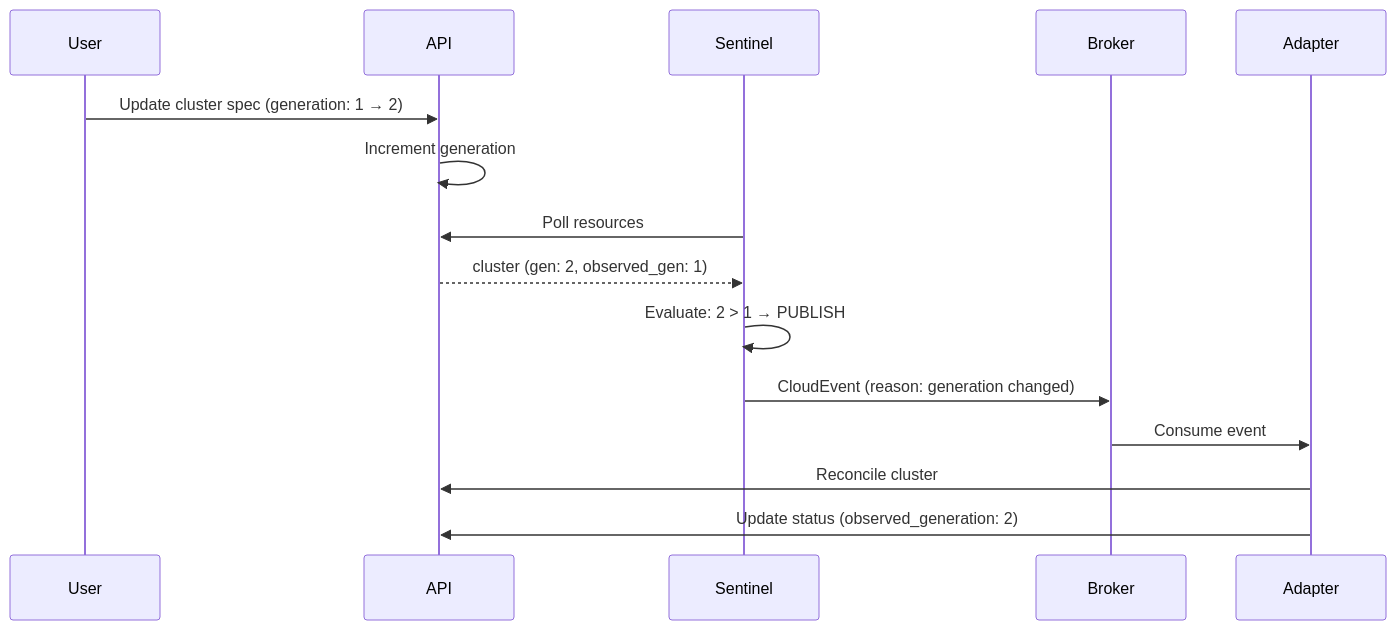
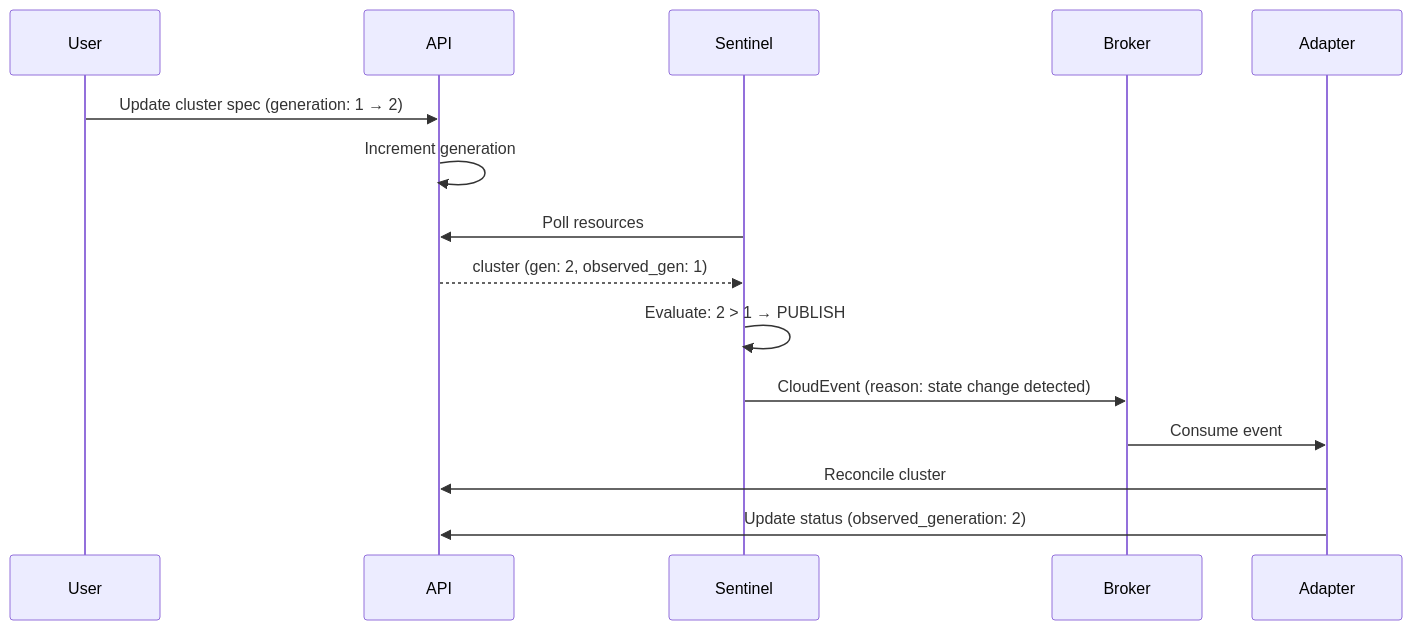
One commit to openshift-hyperfleet/hyperfleet-sentinel changed the second of 4 diagrams in docs/sentinel-operator-guide.md. Above: the diagram before and after it, drawn with Mermaid. The commit also changed other lines of this file, not shown here.

Commit message:
HYPERFLEET-634 - doc: refine sentinel operator guide with review comments

````diff
--- a/docs/sentinel-operator-guide.md
+++ b/docs/sentinel-operator-guide.md
@@ -100,18 +110,18 @@
 ```mermaid
 sequenceDiagram
     participant User
     participant API
     participant Sentinel
     participant Broker
     participant Adapter
 
     User->>API: Update cluster spec (generation: 1 → 2)
     API->>API: Increment generation
     Sentinel->>API: Poll resources
     API-->>Sentinel: cluster (gen: 2, observed_gen: 1)
     Sentinel->>Sentinel: Evaluate: 2 > 1 → PUBLISH
-    Sentinel->>Broker: CloudEvent (reason: generation changed)
+    Sentinel->>Broker: CloudEvent (reason: state change detected)
     Broker->>Adapter: Consume event
     Adapter->>API: Reconcile cluster
     Adapter->>API: Update status (observed_generation: 2)
 ```
````
